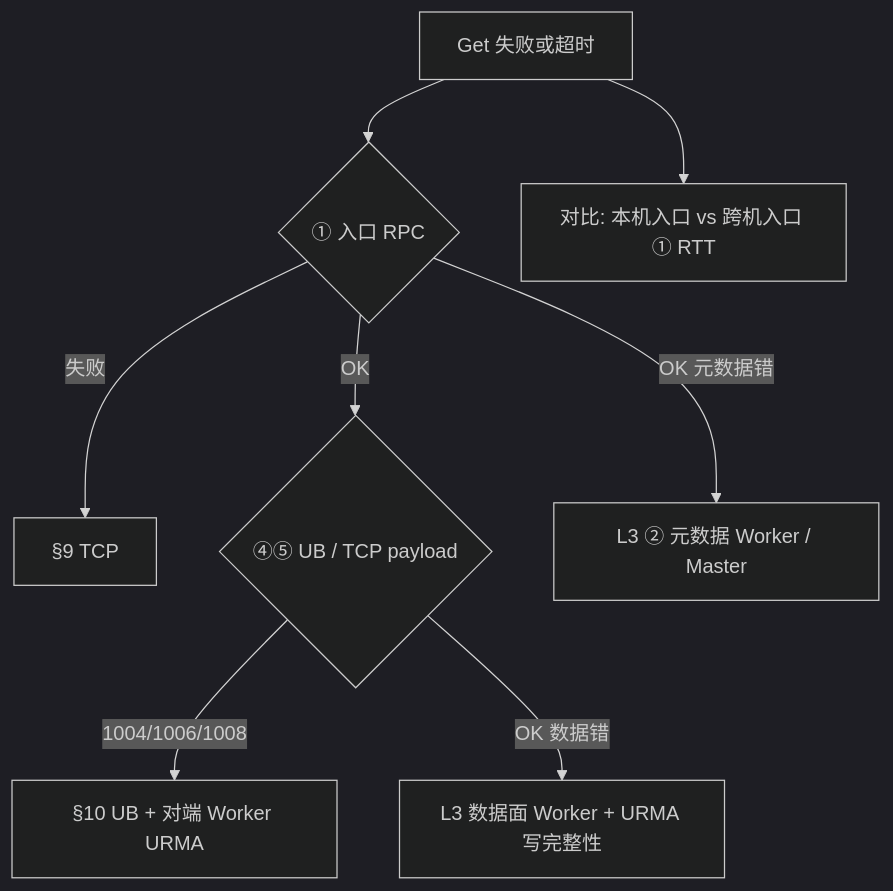
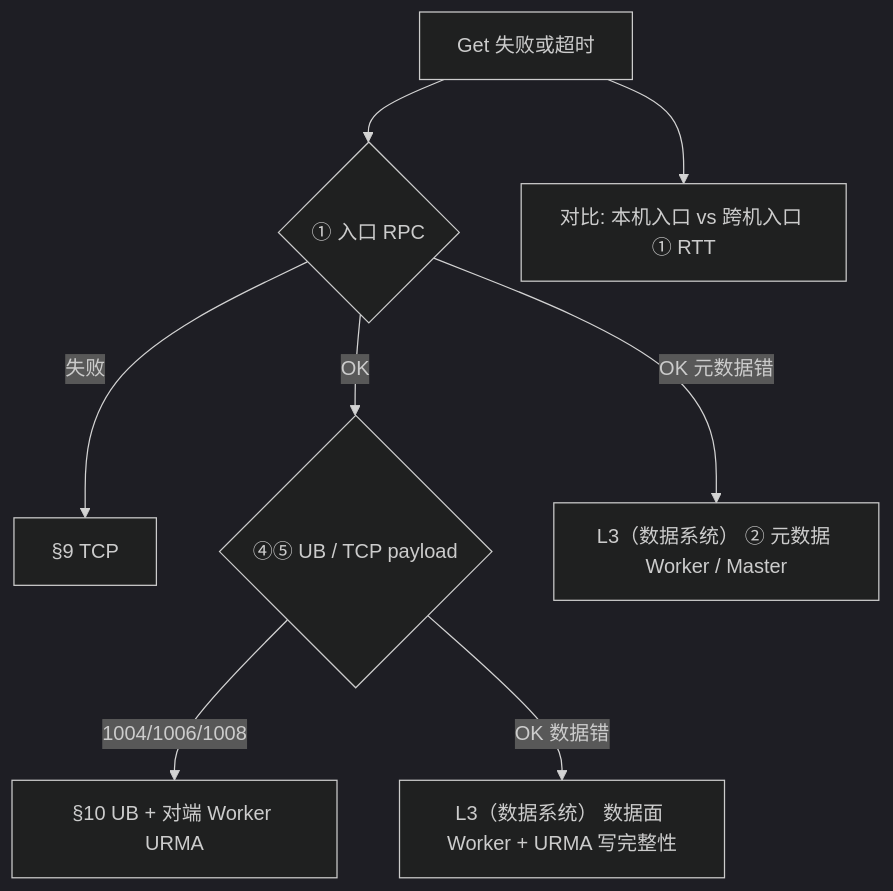
One commit to CheYulin/Docs changed the sixth of 7 diagrams in docs/observable/kv-场景-故障分类与责任边界.md. Above: the diagram before and after it, drawn with Mermaid (dark theme). The commit also changed other lines of this file and 2 other files, not shown here.

````diff
--- a/docs/observable/kv-场景-故障分类与责任边界.md
+++ b/docs/observable/kv-场景-故障分类与责任边界.md
@@ -519,10 +521,10 @@
 ```mermaid
 flowchart TD
   R1[Get 失败或超时] --> R2{① 入口 RPC}
   R2 -->|失败| R3[§9 TCP]
   R2 -->|OK| R4{④⑤ UB / TCP payload}
   R4 -->|1004/1006/1008| R5[§10 UB + 对端 Worker URMA]
-  R4 -->|OK 数据错| R6[L3 数据面 Worker + URMA 写完整性]
-  R2 -->|OK 元数据错| R7[L3 ② 元数据 Worker / Master]
+  R4 -->|OK 数据错| R6[L3（数据系统） 数据面 Worker + URMA 写完整性]
+  R2 -->|OK 元数据错| R7[L3（数据系统） ② 元数据 Worker / Master]
   R1 --> R8[对比: 本机入口 vs 跨机入口 ① RTT]
 ```
````
